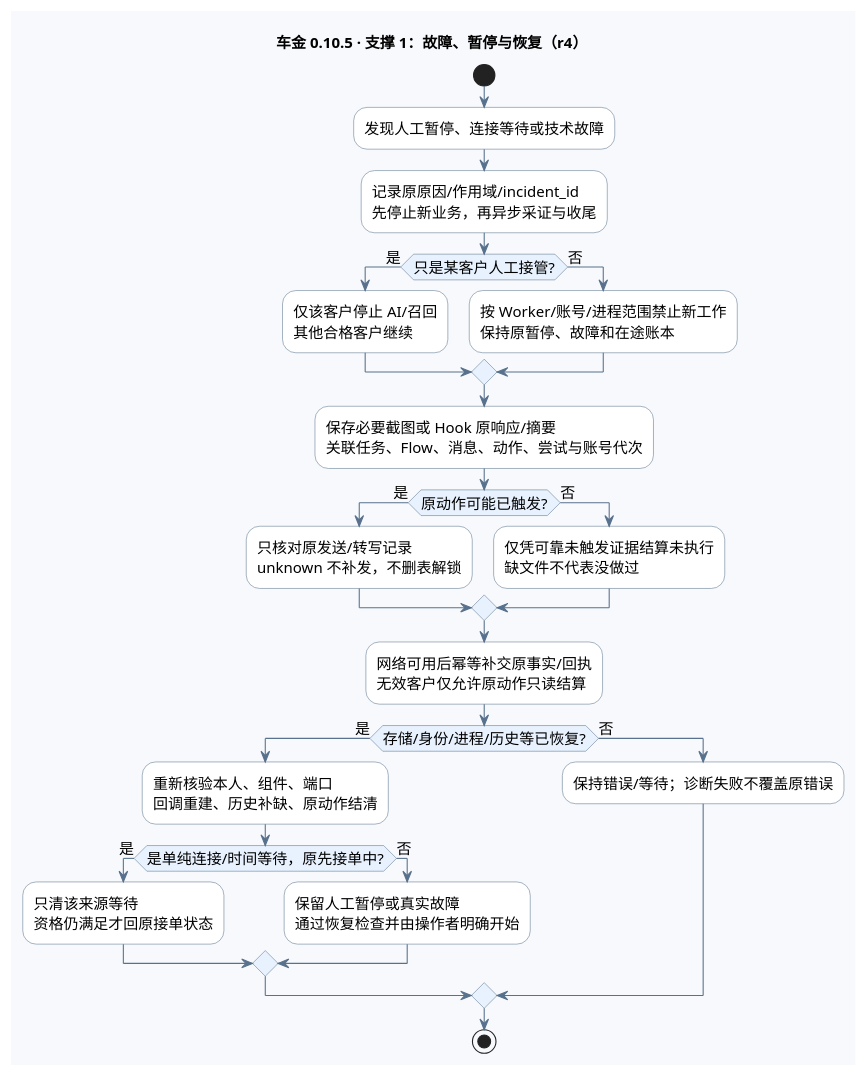
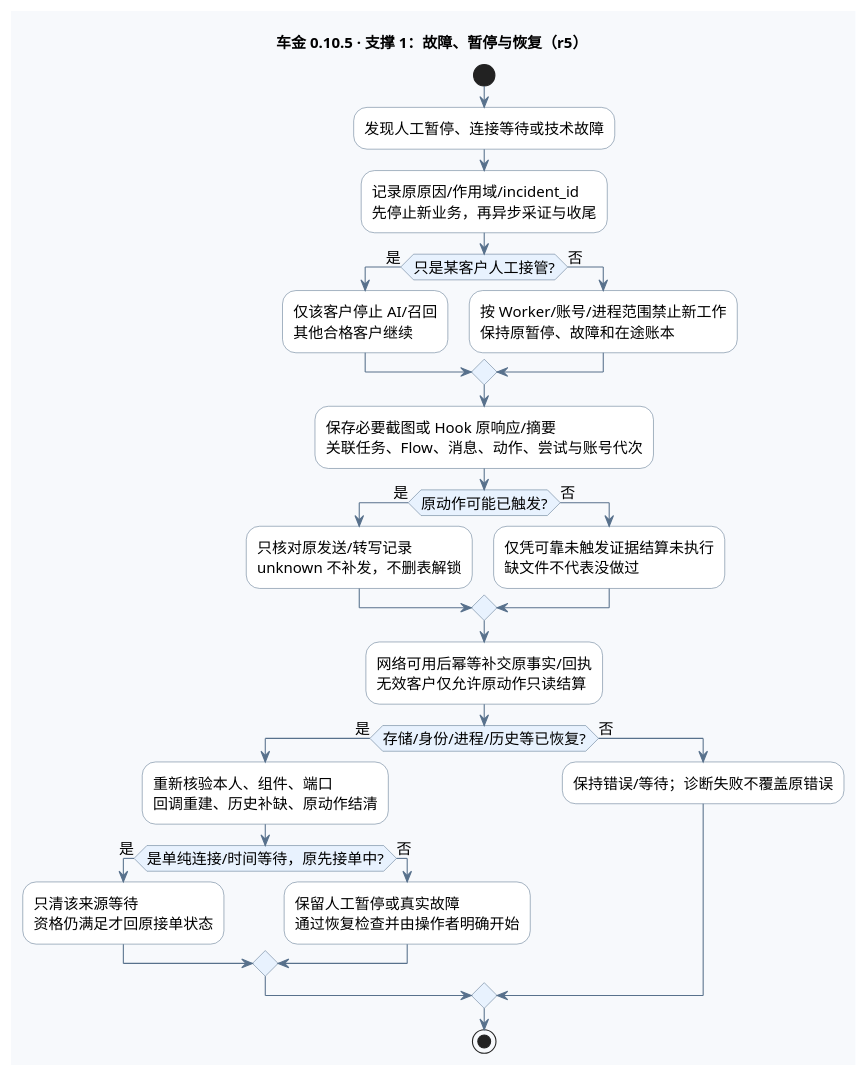
One commit to edwardzhang0304/chejin-ai-sales changed the second of 4 diagrams in deliverables/AI智能客服售前跟进系统_全流程图_v0.10.5.puml. Above: the diagram before and after it, drawn with PlantUML. The commit also changed other lines of this file and 9 other files, not shown here.

```diff
--- a/deliverables/AI智能客服售前跟进系统_全流程图_v0.10.5.puml
+++ b/deliverables/AI智能客服售前跟进系统_全流程图_v0.10.5.puml
@@ -183,51 +183,51 @@
 @startuml fault
 !pragma layout smetana
 skinparam defaultFontName "PingFang SC"
 skinparam defaultFontSize 14
 skinparam backgroundColor #F7F9FC
 skinparam shadowing false
 skinparam activityBackgroundColor #FFFFFF
 skinparam activityBorderColor #58718C
 skinparam activityDiamondBackgroundColor #E8F2FE
 skinparam activityDiamondBorderColor #58718C
 skinparam ArrowColor #58718C
 skinparam noteBackgroundColor #FFF4D9
 skinparam noteBorderColor #CDA556
-title 车金 0.10.5 · 支撑 1：故障、暂停与恢复（r4）
+title 车金 0.10.5 · 支撑 1：故障、暂停与恢复（r5）
 start
 :发现人工暂停、连接等待或技术故障;
 :记录原原因/作用域/incident_id
 先停止新业务，再异步采证与收尾;
 if (只是某客户人工接管?) then (是)
   :仅该客户停止 AI/召回
 其他合格客户继续;
 else (否)
   :按 Worker/账号/进程范围禁止新工作
 保持原暂停、故障和在途账本;
 endif
 :保存必要截图或 Hook 原响应/摘要
 关联任务、Flow、消息、动作、尝试与账号代次;
 if (原动作可能已触发?) then (是)
   :只核对原发送/转写记录
 unknown 不补发，不删表解锁;
 else (否)
   :仅凭可靠未触发证据结算未执行
 缺文件不代表没做过;
 endif
 :网络可用后幂等补交原事实/回执
 无效客户仅允许原动作只读结算;
 if (存储/身份/进程/历史等已恢复?) then (是)
   :重新核验本人、组件、端口
 回调重建、历史补缺、原动作结清;
   if (是单纯连接/时间等待，原先接单中?) then (是)
     :只清该来源等待
 资格仍满足才回原接单状态;
   else (否)
     :保留人工暂停或真实故障
 通过恢复检查并由操作者明确开始;
   endif
 else (否)
   :保持错误/等待；诊断失败不覆盖原错误;
 endif
 stop
 @enduml
```
